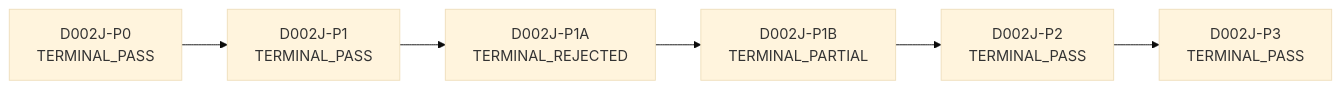
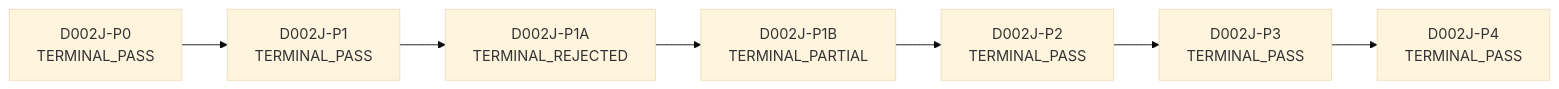
The diagram in docs/research/D002J_LINEAGE_MAP.md (neuron7xLab/GeoSync), drawn with Mermaid (base theme) before and after one commit. The commit also changed other lines of this file and 11 other files, not shown here.

````diff
--- a/docs/research/D002J_LINEAGE_MAP.md
+++ b/docs/research/D002J_LINEAGE_MAP.md
@@ -13,14 +13,16 @@
 ```mermaid
 graph LR
     D002J-P0[D002J-P0<br/>TERMINAL_PASS]
     D002J-P1[D002J-P1<br/>TERMINAL_PASS]
     D002J-P1A[D002J-P1A<br/>TERMINAL_REJECTED]
     D002J-P1B[D002J-P1B<br/>TERMINAL_PARTIAL]
     D002J-P2[D002J-P2<br/>TERMINAL_PASS]
     D002J-P3[D002J-P3<br/>TERMINAL_PASS]
+    D002J-P4[D002J-P4<br/>TERMINAL_PASS]
     D002J-P0 --> D002J-P1
     D002J-P1 --> D002J-P1A
     D002J-P1A --> D002J-P1B
     D002J-P1B --> D002J-P2
     D002J-P2 --> D002J-P3
+    D002J-P3 --> D002J-P4
 ```
````
